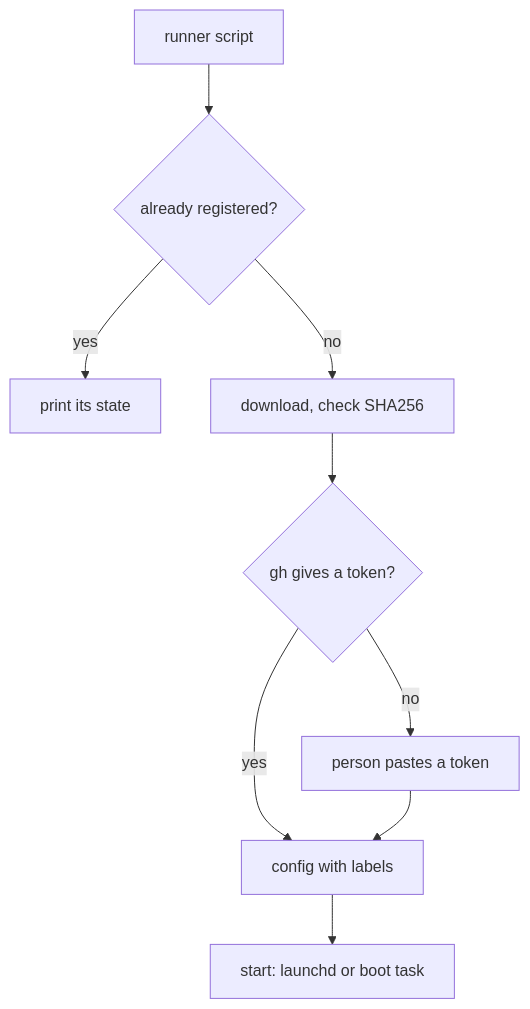
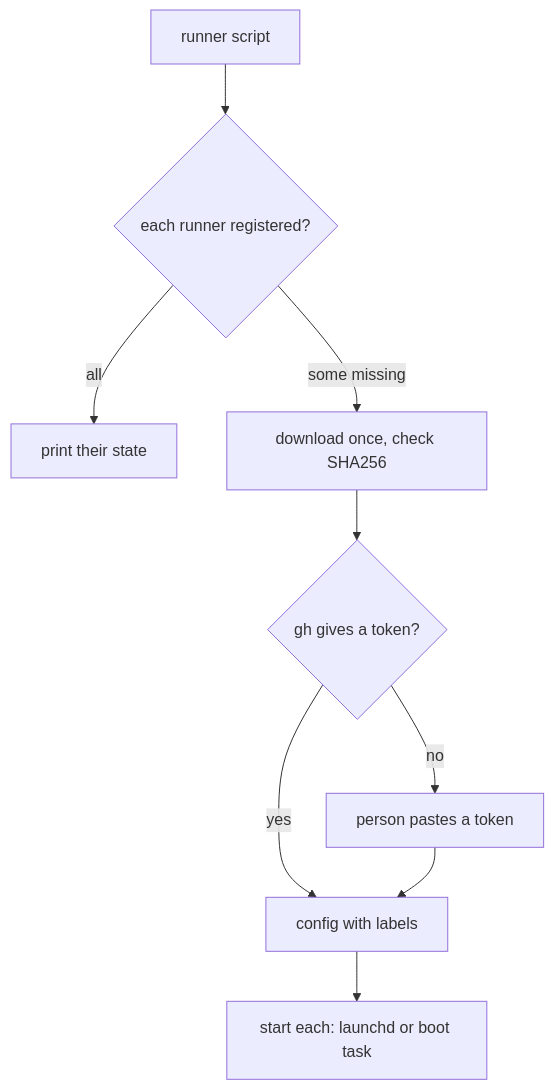
Before and after one commit to workbench-soft/local-ci: the third of 4 diagrams in docs/user-flows.md, drawn with Mermaid. The commit also changed other lines of this file and 4 other files, not shown here.

````diff
--- a/docs/user-flows.md
+++ b/docs/user-flows.md
@@ -48,11 +49,11 @@
 ```mermaid
 flowchart TD
-  A[runner script] --> B{already registered?}
-  B -- yes --> Z[print its state]
-  B -- no --> C[download, check SHA256]
+  A[runner script] --> B{each runner registered?}
+  B -- all --> Z[print their state]
+  B -- some missing --> C[download once, check SHA256]
   C --> D{gh gives a token?}
   D -- no --> E[person pastes a token]
   D -- yes --> F[config with labels]
   E --> F
-  F --> G[start: launchd or boot task]
+  F --> G[start each: launchd or boot task]
 ```
````
